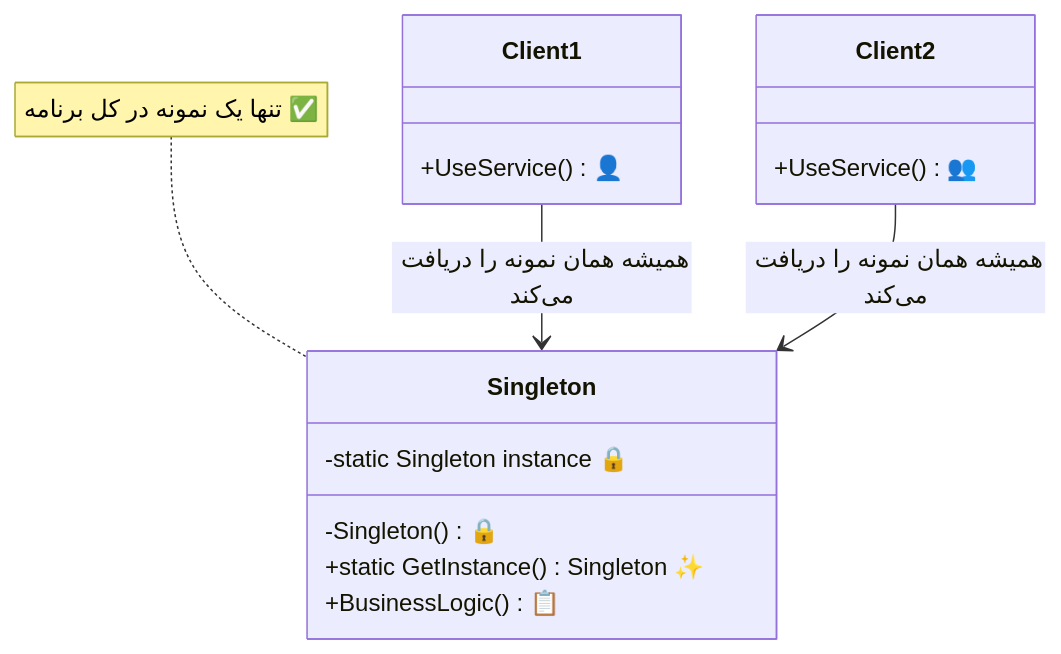
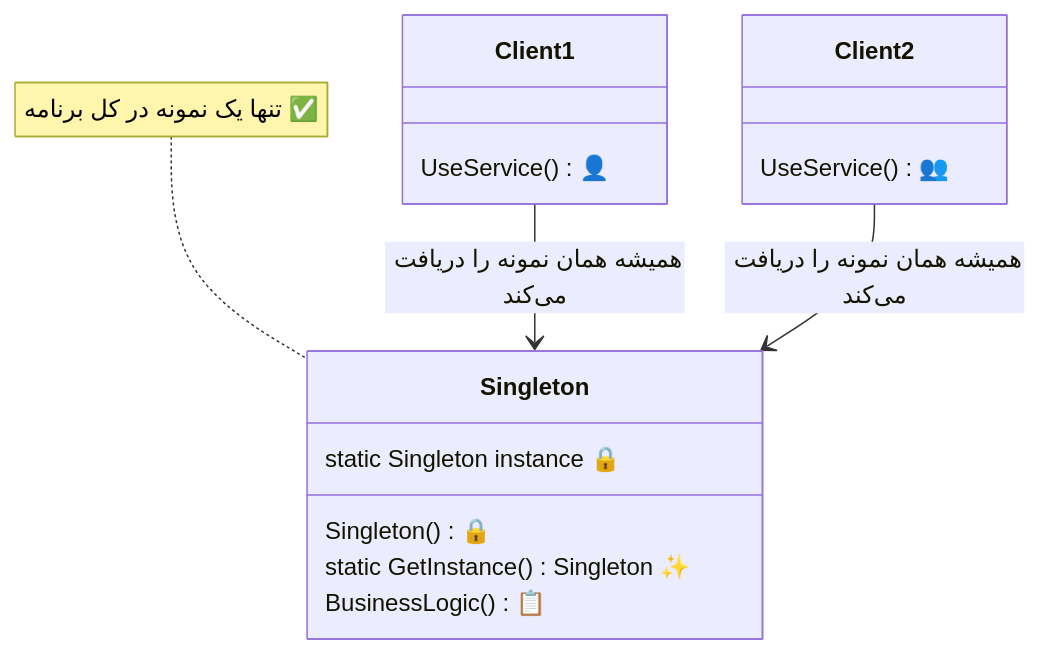
Before and after one commit to alireza-haeri/Persian-Design-Patterns: the diagram in Singleton/README.md, drawn with Mermaid. The commit also changed other lines of this file, not shown here.

Commit message:
review singleton

````diff
--- a/Singleton/README.md
+++ b/Singleton/README.md
@@ -37,22 +37,22 @@
 ```mermaid
 classDiagram
     class Singleton {
-        -static Singleton instance 🔒
-        -Singleton() 🔒
-        +static GetInstance() Singleton ✨
-        +BusinessLogic() 📋
+        static Singleton instance 🔒
+        Singleton() 🔒
+        static GetInstance() Singleton ✨
+        BusinessLogic() 📋
     }
     
     class Client1 {
-        +UseService() 👤
+        UseService() 👤
     }
     
     class Client2 {
-        +UseService() 👥
+        UseService() 👥
     }
     
     Client1 --> Singleton : همیشه همان نمونه را دریافت می‌کند
     Client2 --> Singleton : همیشه همان نمونه را دریافت می‌کند
     
     note for Singleton "تنها یک نمونه در کل برنامه ✅"
 ```
````
